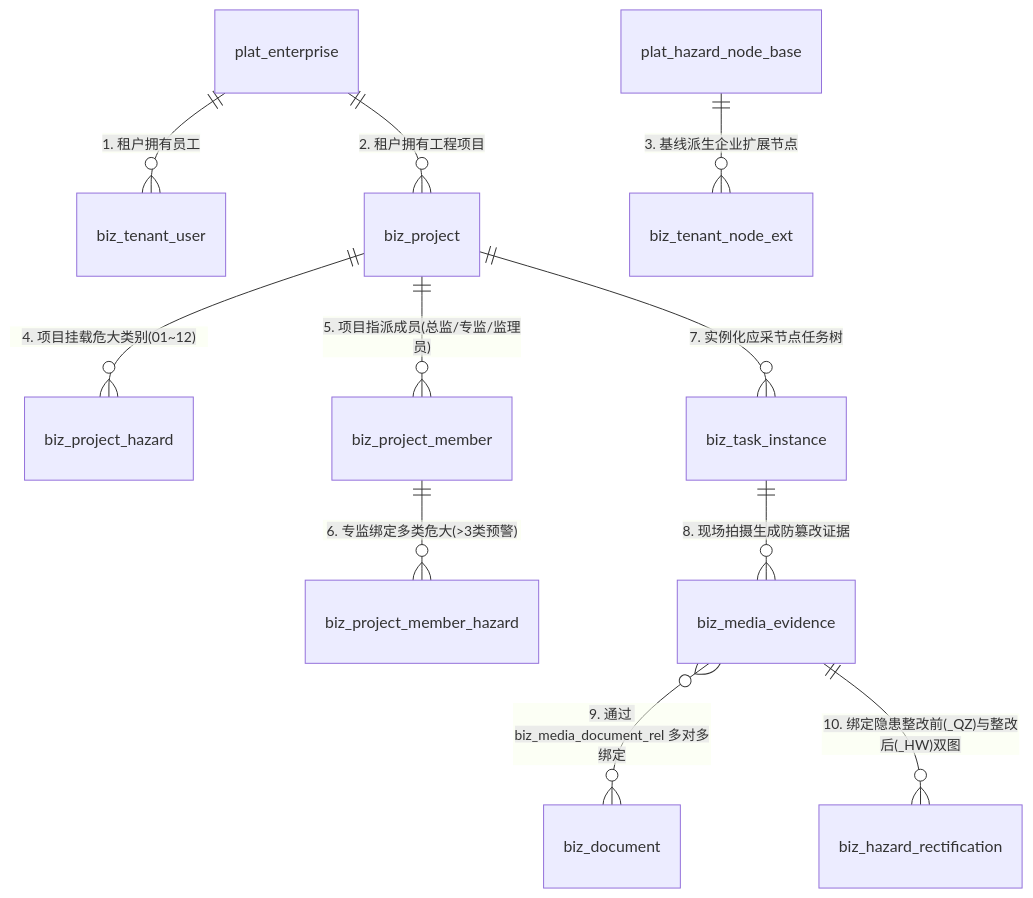
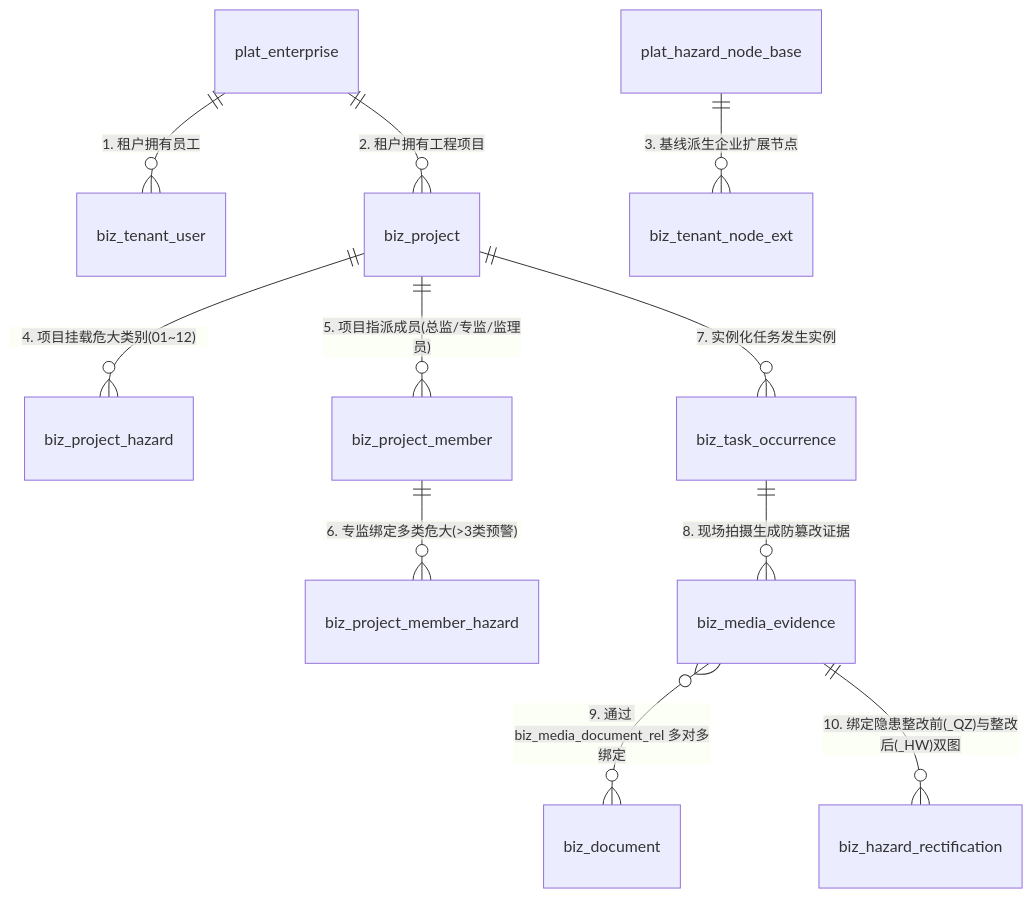
Before and after one commit to wufujun2000/wdgc-supervision-evidence: the third of 3 diagrams in docs/system-architecture-design.md, drawn with Mermaid. The commit also changed other lines of this file and 7 other files, not shown here.

````diff
--- a/docs/system-architecture-design.md
+++ b/docs/system-architecture-design.md
@@ -169,15 +169,15 @@
 ```mermaid
 erDiagram
     plat_enterprise ||--o{ biz_tenant_user : "1. 租户拥有员工"
     plat_enterprise ||--o{ biz_project : "2. 租户拥有工程项目"
     plat_hazard_node_base ||--o{ biz_tenant_node_ext : "3. 基线派生企业扩展节点"
 
     biz_project ||--o{ biz_project_hazard : "4. 项目挂载危大类别(01~12)"
     biz_project ||--o{ biz_project_member : "5. 项目指派成员(总监/专监/监理员)"
     biz_project_member ||--o{ biz_project_member_hazard : "6. 专监绑定多类危大(>3类预警)"
 
-    biz_project ||--o{ biz_task_instance : "7. 实例化应采节点任务树"
-    biz_task_instance ||--o{ biz_media_evidence : "8. 现场拍摄生成防篡改证据"
+    biz_project ||--o{ biz_task_occurrence : "7. 实例化任务发生实例"
+    biz_task_occurrence ||--o{ biz_media_evidence : "8. 现场拍摄生成防篡改证据"
     biz_media_evidence }o--o{ biz_document : "9. 通过 biz_media_document_rel 多对多绑定"
     biz_media_evidence ||--o{ biz_hazard_rectification : "10. 绑定隐患整改前(_QZ)与整改后(_HW)双图"
 ```
````
